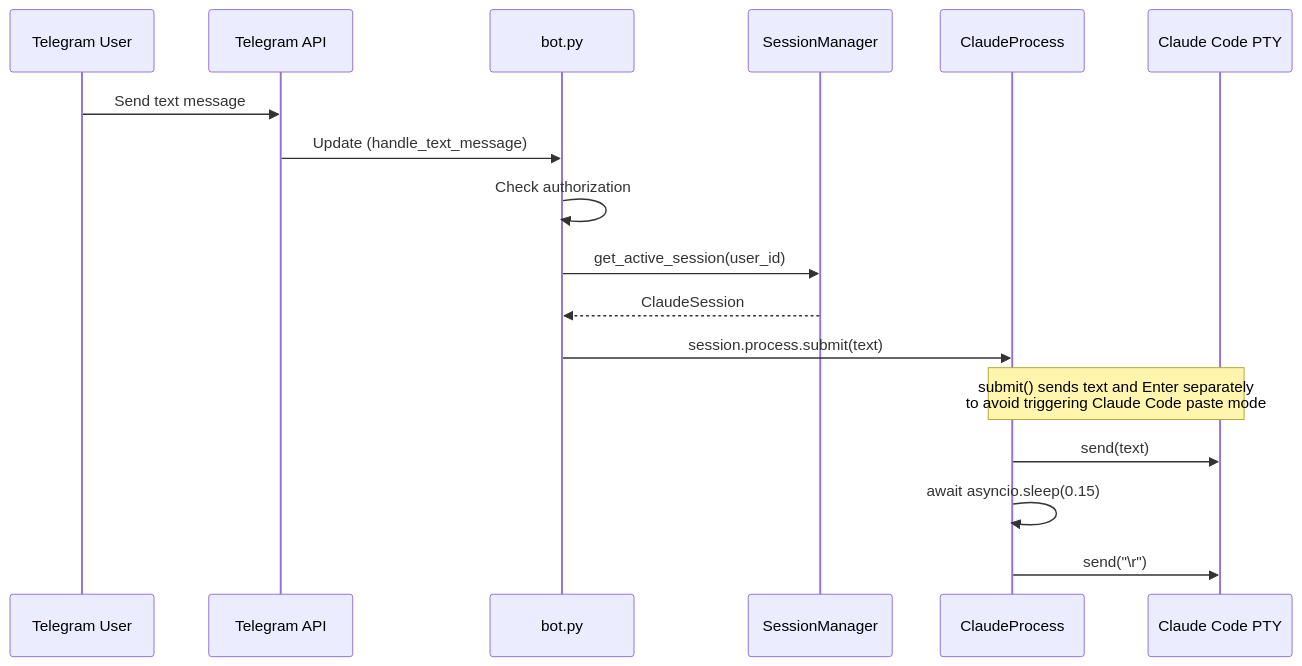
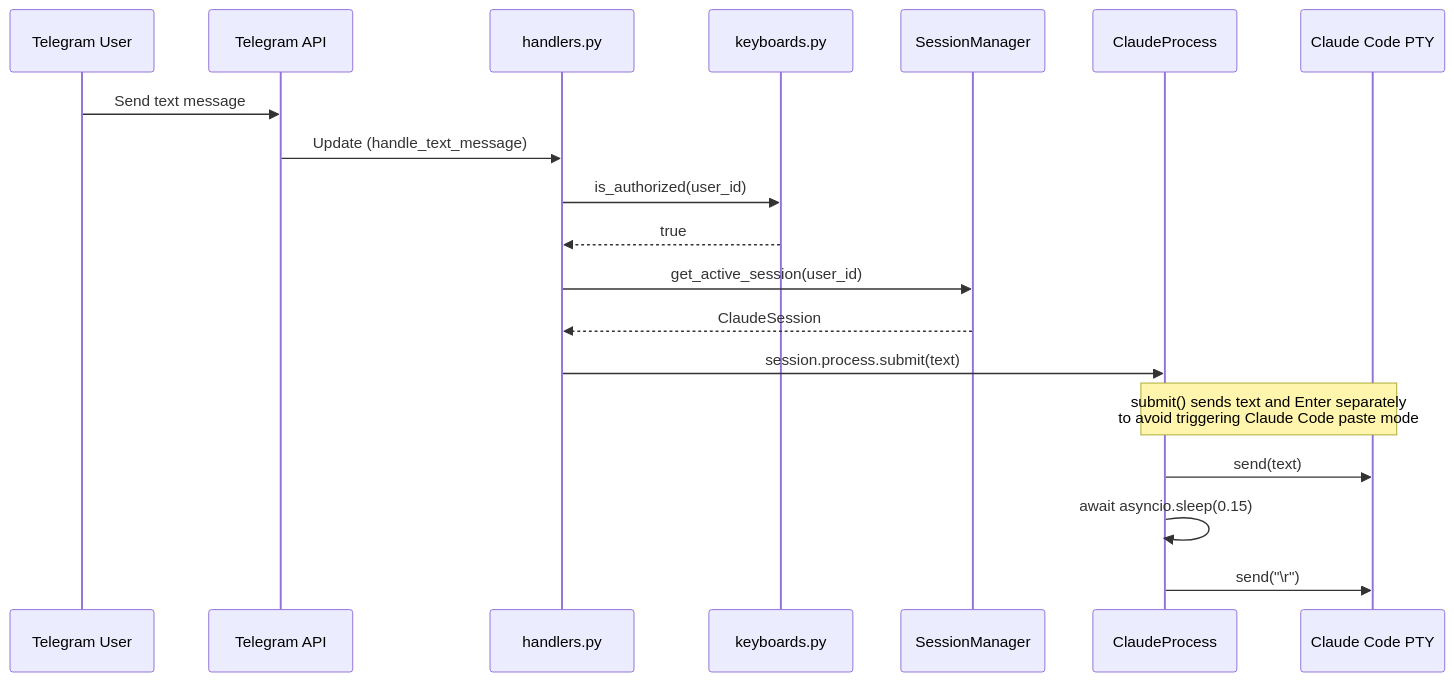
Before and after one commit to LounisBou/claude-code-telegram-instances-manager: the second of 5 diagrams in docs/architecture.md, drawn with Mermaid. The commit also changed other lines of this file and 61 other files, not shown here.

````diff
--- a/docs/architecture.md
+++ b/docs/architecture.md
@@ -47,21 +83,23 @@
 ```mermaid
 sequenceDiagram
     participant U as Telegram User
     participant T as Telegram API
-    participant B as bot.py
+    participant H as handlers.py
+    participant KB as keyboards.py
     participant SM as SessionManager
     participant CP as ClaudeProcess
     participant PTY as Claude Code PTY
 
     U->>T: Send text message
-    T->>B: Update (handle_text_message)
-    B->>B: Check authorization
-    B->>SM: get_active_session(user_id)
-    SM-->>B: ClaudeSession
-    B->>CP: session.process.submit(text)
+    T->>H: Update (handle_text_message)
+    H->>KB: is_authorized(user_id)
+    KB-->>H: true
+    H->>SM: get_active_session(user_id)
+    SM-->>H: ClaudeSession
+    H->>CP: session.process.submit(text)
 
     Note over CP,PTY: submit() sends text and Enter separately<br/>to avoid triggering Claude Code paste mode
     CP->>PTY: send(text)
     CP->>CP: await asyncio.sleep(0.15)
     CP->>PTY: send("\r")
 ```
````
